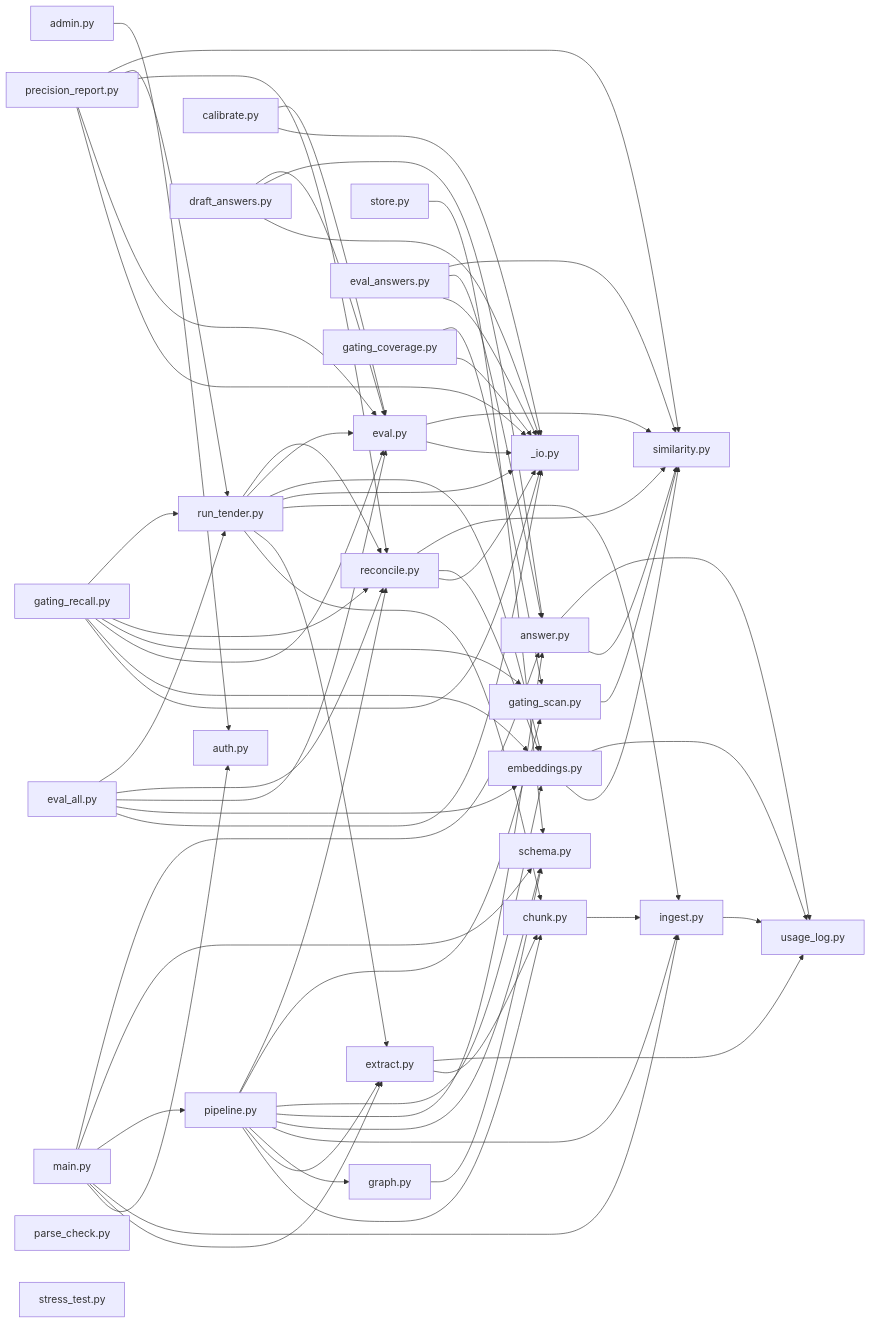
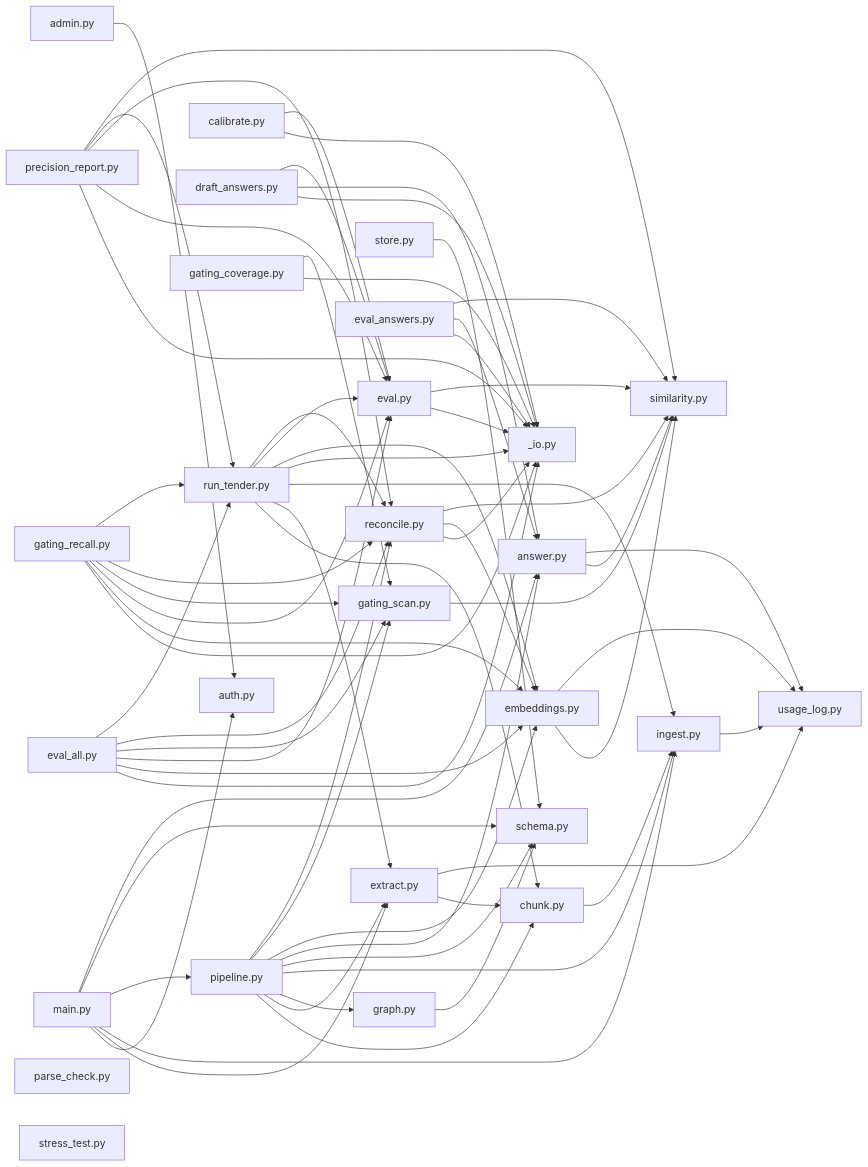
The third of 3 diagrams in CODEMAP.md (Welddevelopment/Tender_Breakdown_AI-Agent), drawn with Mermaid before and after one commit. The commit also changed other lines of this file and 3 other files, not shown here.

First line of the commit message:
test+eval: pin safety-net wiring; make eval_all faithful to the shipped product

````diff
--- a/CODEMAP.md
+++ b/CODEMAP.md
@@ -282,70 +282,71 @@
 ```mermaid
 graph LR
   n0[admin.py] --> n1[auth.py]
   n2[chunk.py] --> n3[ingest.py]
   n4[extract.py] --> n2[chunk.py]
   n4[extract.py] --> n5[usage_log.py]
   n6[graph.py] --> n7[schema.py]
   n3[ingest.py] --> n5[usage_log.py]
   n8[main.py] --> n1[auth.py]
   n8[main.py] --> n4[extract.py]
   n8[main.py] --> n3[ingest.py]
   n8[main.py] --> n9[pipeline.py]
   n8[main.py] --> n7[schema.py]
   n8[main.py] --> n10[answer.py]
   n9[pipeline.py] --> n2[chunk.py]
   n9[pipeline.py] --> n4[extract.py]
   n9[pipeline.py] --> n6[graph.py]
   n9[pipeline.py] --> n3[ingest.py]
   n9[pipeline.py] --> n7[schema.py]
   n9[pipeline.py] --> n10[answer.py]
   n9[pipeline.py] --> n11[embeddings.py]
   n9[pipeline.py] --> n12[gating_scan.py]
   n9[pipeline.py] --> n13[reconcile.py]
   n14[store.py] --> n7[schema.py]
   n10[answer.py] --> n15[similarity.py]
   n10[answer.py] --> n5[usage_log.py]
   n11[embeddings.py] --> n15[similarity.py]
   n11[embeddings.py] --> n5[usage_log.py]
   n16[eval.py] --> n17[_io.py]
   n16[eval.py] --> n15[similarity.py]
   n18[eval_answers.py] --> n17[_io.py]
   n18[eval_answers.py] --> n10[answer.py]
   n18[eval_answers.py] --> n15[similarity.py]
   n12[gating_scan.py] --> n15[similarity.py]
   n13[reconcile.py] --> n17[_io.py]
   n13[reconcile.py] --> n11[embeddings.py]
   n13[reconcile.py] --> n15[similarity.py]
   n19[calibrate.py] --> n17[_io.py]
   n19[calibrate.py] --> n16[eval.py]
   n20[draft_answers.py] --> n17[_io.py]
   n20[draft_answers.py] --> n10[answer.py]
   n20[draft_answers.py] --> n16[eval.py]
   n21[eval_all.py] --> n17[_io.py]
   n21[eval_all.py] --> n11[embeddings.py]
   n21[eval_all.py] --> n16[eval.py]
+  n21[eval_all.py] --> n12[gating_scan.py]
   n21[eval_all.py] --> n13[reconcile.py]
   n21[eval_all.py] --> n22[run_tender.py]
   n23[gating_coverage.py] --> n17[_io.py]
   n23[gating_coverage.py] --> n12[gating_scan.py]
   n24[gating_recall.py] --> n17[_io.py]
   n24[gating_recall.py] --> n11[embeddings.py]
   n24[gating_recall.py] --> n16[eval.py]
   n24[gating_recall.py] --> n12[gating_scan.py]
   n24[gating_recall.py] --> n13[reconcile.py]
   n24[gating_recall.py] --> n22[run_tender.py]
   n25[precision_report.py] --> n17[_io.py]
   n25[precision_report.py] --> n16[eval.py]
   n25[precision_report.py] --> n13[reconcile.py]
   n25[precision_report.py] --> n22[run_tender.py]
   n25[precision_report.py] --> n15[similarity.py]
   n22[run_tender.py] --> n2[chunk.py]
   n22[run_tender.py] --> n4[extract.py]
   n22[run_tender.py] --> n3[ingest.py]
   n22[run_tender.py] --> n17[_io.py]
   n22[run_tender.py] --> n11[embeddings.py]
   n22[run_tender.py] --> n16[eval.py]
   n22[run_tender.py] --> n13[reconcile.py]
   n26[parse_check.py]
   n27[stress_test.py]
 ```
````
